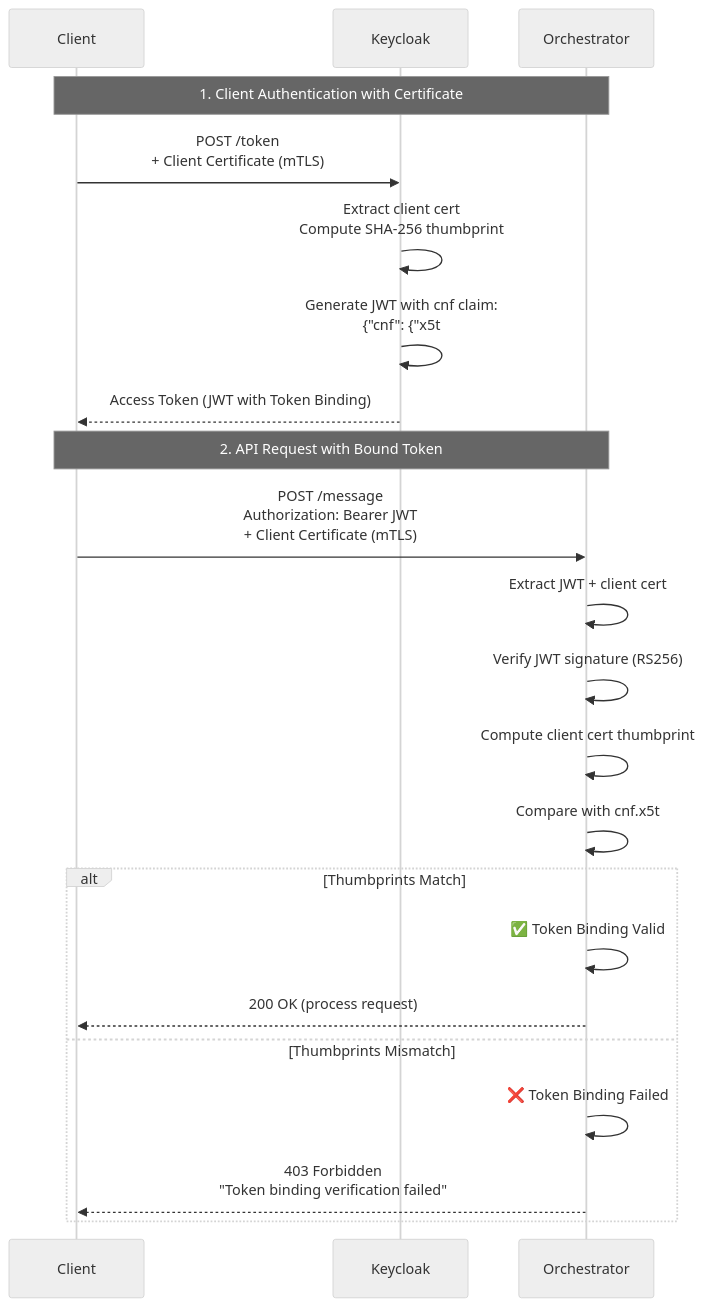
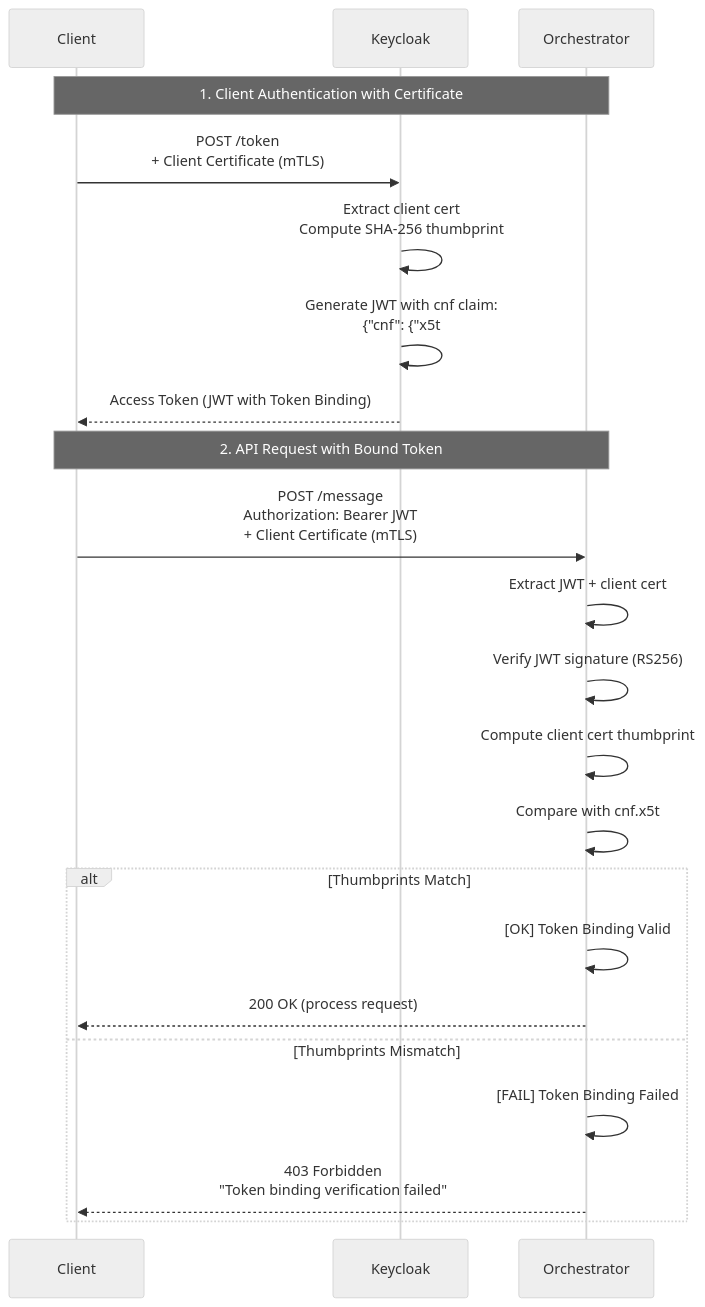
Before and after one commit to jaafar-benabderrazak/ca_a2a: diagram 14 of 14 in A2A_SECURITY_ARCHITECTURE.md, drawn with Mermaid (neutral theme). The commit also changed other lines of this file, not shown here.

First line of the commit message:
Fix Mermaid diagrams for GitHub compatibility

````diff
--- a/A2A_SECURITY_ARCHITECTURE.md
+++ b/A2A_SECURITY_ARCHITECTURE.md
@@ -2131,29 +2131,29 @@
 ```mermaid
 sequenceDiagram
     participant Client
     participant Keycloak
     participant Orchestrator
     
     Note over Client,Orchestrator: 1. Client Authentication with Certificate
     
     Client->>Keycloak: POST /token<br/>+ Client Certificate (mTLS)
     Keycloak->>Keycloak: Extract client cert<br/>Compute SHA-256 thumbprint
     Keycloak->>Keycloak: Generate JWT with cnf claim:<br/>{"cnf": {"x5t#S256": "abc123..."}}
     Keycloak-->>Client: Access Token (JWT with Token Binding)
     
     Note over Client,Orchestrator: 2. API Request with Bound Token
     
     Client->>Orchestrator: POST /message<br/>Authorization: Bearer JWT<br/>+ Client Certificate (mTLS)
     Orchestrator->>Orchestrator: Extract JWT + client cert
     Orchestrator->>Orchestrator: Verify JWT signature (RS256)
     Orchestrator->>Orchestrator: Compute client cert thumbprint
     Orchestrator->>Orchestrator: Compare with cnf.x5t#S256 claim
     
     alt Thumbprints Match
-        Orchestrator->>Orchestrator: ✅ Token Binding Valid
+        Orchestrator->>Orchestrator: [OK] Token Binding Valid
         Orchestrator-->>Client: 200 OK (process request)
     else Thumbprints Mismatch
-        Orchestrator->>Orchestrator: ❌ Token Binding Failed
+        Orchestrator->>Orchestrator: [FAIL] Token Binding Failed
         Orchestrator-->>Client: 403 Forbidden<br/>"Token binding verification failed"
     end
 ```
````
